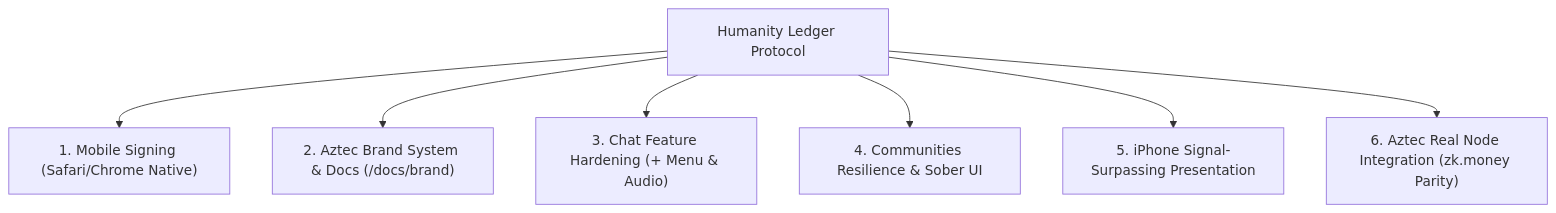
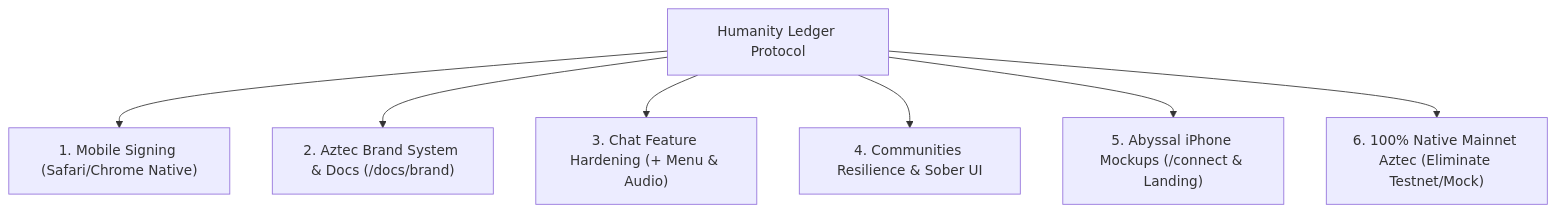
One commit to humanityledger/Humanity-Ledger changed the first of 2 diagrams in docs/CLAUDE_OPUS_MASTER_PROMPT.md. Above: the diagram before and after it, drawn with Mermaid. The commit also changed other lines of this file, not shown here.

Commit message:
docs: expand master prompt with abyssal iPhone mockup specifications and zero-mock Aztec mainnet architecture

````diff
--- a/docs/CLAUDE_OPUS_MASTER_PROMPT.md
+++ b/docs/CLAUDE_OPUS_MASTER_PROMPT.md
@@ -34,9 +37,9 @@
 ```mermaid
 flowchart TD
     A["Humanity Ledger Protocol"] --> B["1. Mobile Signing (Safari/Chrome Native)"]
     A --> C["2. Aztec Brand System & Docs (/docs/brand)"]
     A --> D["3. Chat Feature Hardening (+ Menu & Audio)"]
     A --> E["4. Communities Resilience & Sober UI"]
-    A --> F["5. iPhone Signal-Surpassing Presentation"]
-    A --> G["6. Aztec Real Node Integration (zk.money Parity)"]
+    A --> F["5. Abyssal iPhone Mockups (/connect & Landing)"]
+    A --> G["6. 100% Native Mainnet Aztec (Eliminate Testnet/Mock)"]
 ```
````
